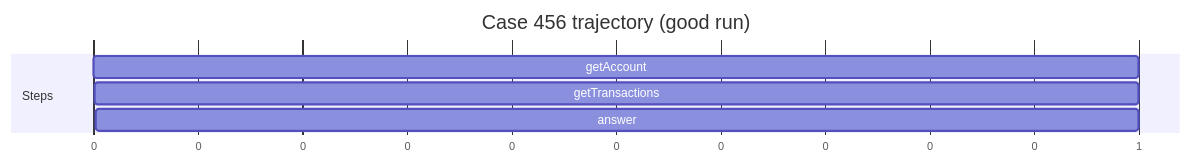
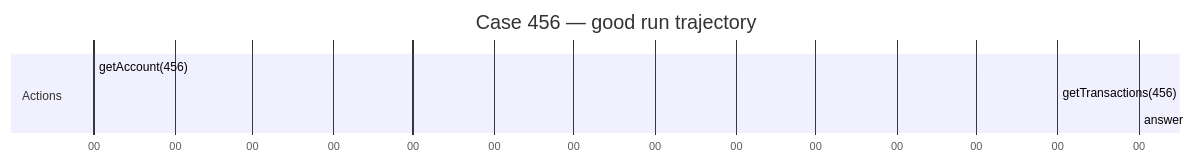
Before and after one commit to adu3110/building-agentic-systems: the first of 3 diagrams in src/book1/10-trajectory.md, drawn with Mermaid. The commit also changed other lines of this file and 9 other files, not shown here.

````diff
--- a/src/book1/10-trajectory.md
+++ b/src/book1/10-trajectory.md
@@ -18,11 +13,11 @@
 ```mermaid
 gantt
-  title Case 456 trajectory (good run)
-  dateFormat X
-  axisFormat %s
+  title Case 456 — good run trajectory
+  dateFormat HH:mm:ss
+  axisFormat %S
 
-  section Steps
-  getAccount         :0, 1
-  getTransactions    :1, 1
-  answer             :2, 1
+  section Actions
+  getAccount(456)         : 0, 1
+  getTransactions(456)    : 1, 1
+  answer                  : 2, 1
 ```
````
